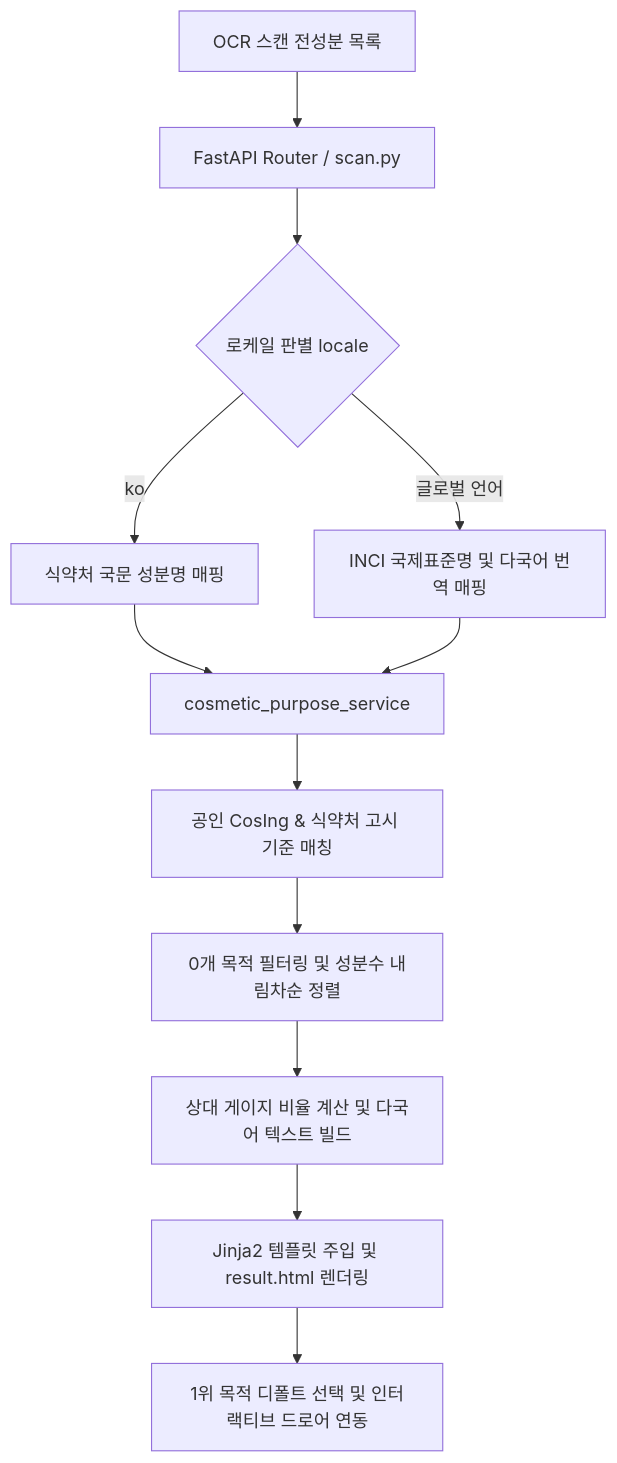
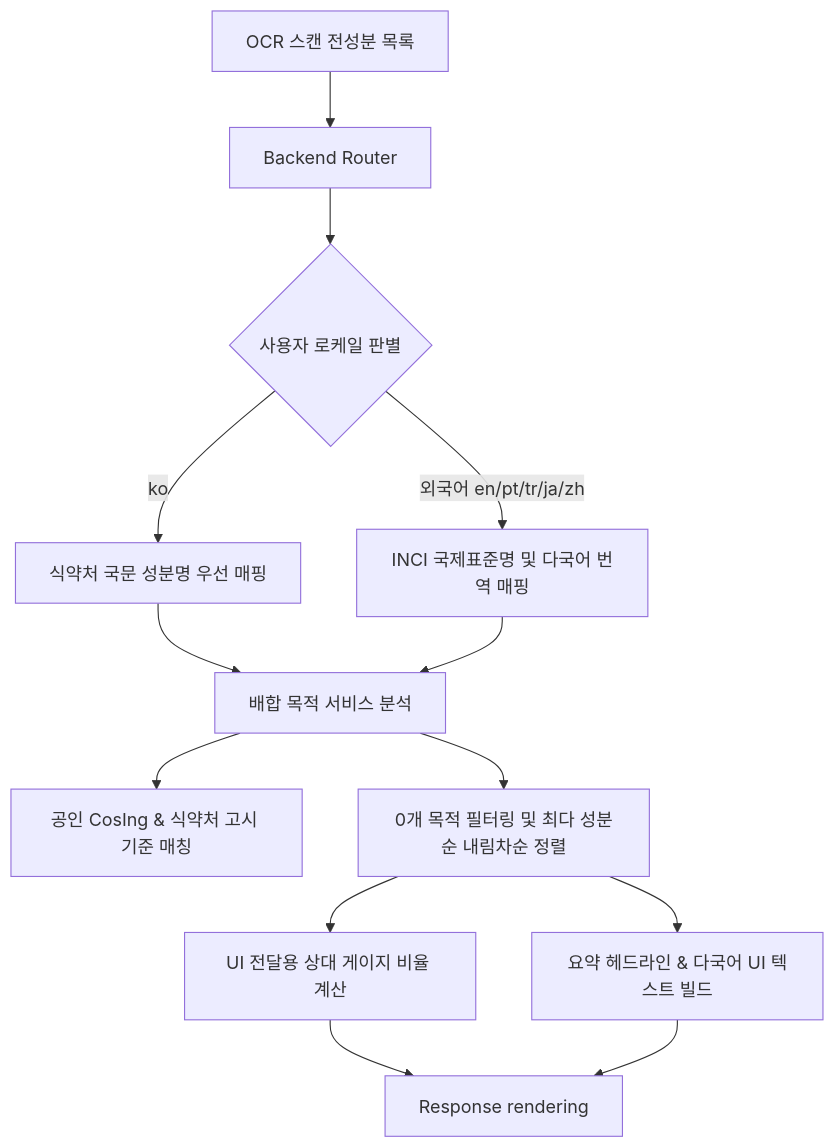
One commit to daniel-dataflow/daniel-dataflow.github.io changed the diagram in content/posts/picksafe/2026-09-11-화장품-배합목적별-성분-분석-시각화-설계서.md. Above: the diagram before and after it, drawn with Mermaid. The commit also changed other lines of this file and 61 other files, not shown here.

````diff
--- a/content/posts/picksafe/2026-09-11-화장품-배합목적별-성분-분석-시각화-설계서.md
+++ b/content/posts/picksafe/2026-09-11-화장품-배합목적별-성분-분석-시각화-설계서.md
@@ -74,14 +60,19 @@
 ```mermaid
 flowchart TD
-    A[OCR 스캔 전성분 목록] --> B[FastAPI Router / scan.py]
-    B --> C{로케일 판별 locale}
-    C -- ko --> D[식약처 국문 성분명 매핑]
-    C -- 글로벌 언어 --> E[INCI 국제표준명 및 다국어 번역 매핑]
-    D --> F[cosmetic_purpose_service]
+    A[OCR 스캔 전성분 목록] --> B[Backend Router]
+    B --> C{사용자 로케일 판별}
+    
+    C -- ko --> D[식약처 국문 성분명 우선 매핑]
+    C -- 외국어 en/pt/tr/ja/zh --> E[INCI 국제표준명 및 다국어 번역 매핑]
+    
+    D --> F[배합 목적 서비스 분석]
     E --> F
+    
     F --> G[공인 CosIng & 식약처 고시 기준 매칭]
-    G --> H[0개 목적 필터링 및 성분수 내림차순 정렬]
-    H --> I[상대 게이지 비율 계산 및 다국어 텍스트 빌드]
-    I --> J[Jinja2 템플릿 주입 및 result.html 렌더링]
-    J --> K[1위 목적 디폴트 선택 및 인터랙티브 드로어 연동]
+    F --> H[0개 목적 필터링 및 최다 성분순 내림차순 정렬]
+    
+    H --> I[UI 전달용 상대 게이지 비율 계산]
+    H --> J[요약 헤드라인 & 다국어 UI 텍스트 빌드]
+    
+    I & J --> K[Response rendering]
 ```
````
